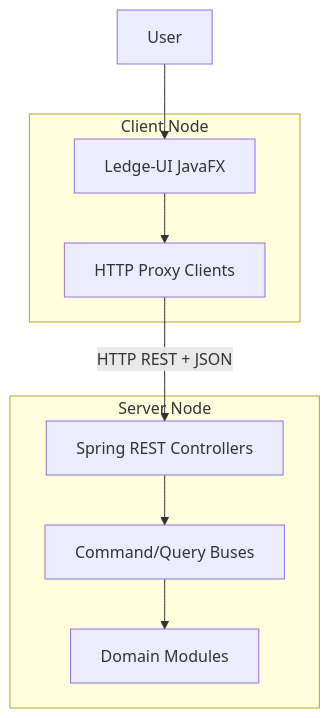
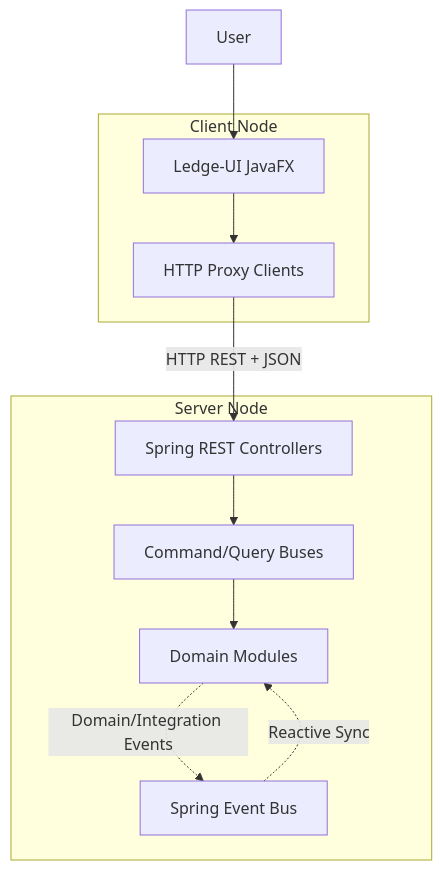
Before and after one commit to fahad-accordion-23/inventory-manager: the first of 2 diagrams in docs/architecture.md, drawn with Mermaid. The commit also changed other lines of this file and 2 other files, not shown here.

Commit message:
docs: update architecture and dependency documentation

````diff
--- a/docs/architecture.md
+++ b/docs/architecture.md
@@ -26,22 +28,25 @@
 ```mermaid
 graph TD
 
 User[User]
 
 subgraph Client Node
     UI[Ledge-UI JavaFX]
     Clients[HTTP Proxy Clients]
 end
 
 subgraph Server Node
     API[Spring REST Controllers]
     Buses[Command/Query Buses]
     Modules[Domain Modules]
+    Events[Spring Event Bus]
 end
 
 User --> UI
 UI --> Clients
 Clients -->|HTTP REST + JSON| API
 API --> Buses
 Buses --> Modules
+Modules -.->|Domain/Integration Events| Events
+Events -.->|Reactive Sync| Modules
 ```
````
